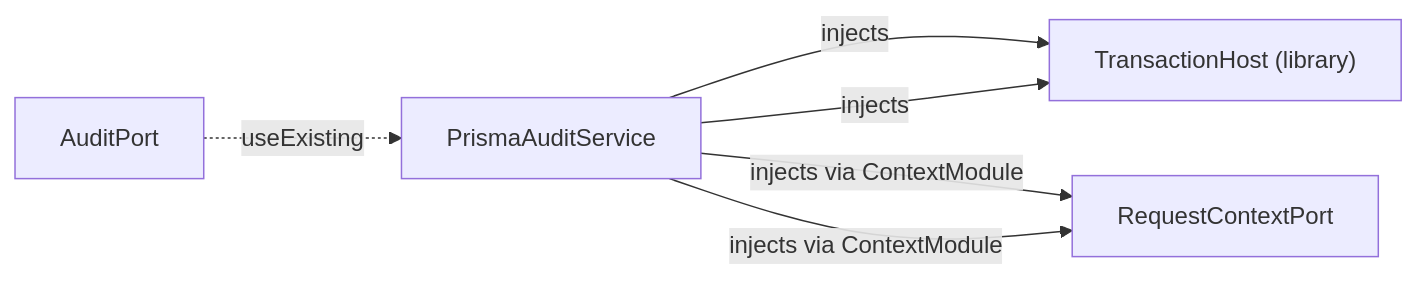
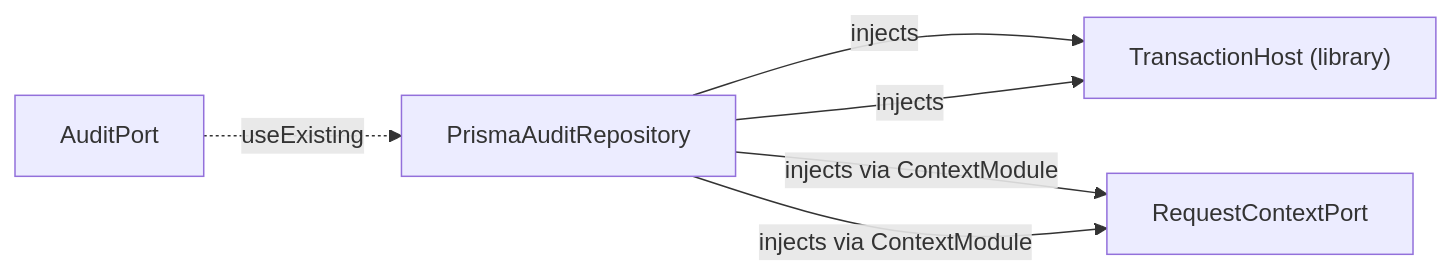
The tenth of 22 diagrams in docs/DI-WIRING.md (ashrafemon/ddd-boilerplate), drawn with Mermaid before and after one commit. The commit also changed other lines of this file and 41 other files, not shown here.

First line of the commit message:
refactor(platform): normalize service layout — repositories/, adapter naming, port split

````diff
--- a/docs/DI-WIRING.md
+++ b/docs/DI-WIRING.md
@@ -550,12 +540,12 @@
 ```mermaid
 flowchart LR
     AuditPort["AuditPort"]
-    PrismaAuditService["PrismaAuditService"]
-    AuditPort -.->|useExisting| PrismaAuditService
+    PrismaAuditRepository["PrismaAuditRepository"]
+    AuditPort -.->|useExisting| PrismaAuditRepository
     TransactionHost__library_["TransactionHost (library)"]
-    PrismaAuditService -->|injects| TransactionHost__library_
+    PrismaAuditRepository -->|injects| TransactionHost__library_
     RequestContextPort["RequestContextPort"]
-    PrismaAuditService -->|injects via ContextModule| RequestContextPort
-    PrismaAuditService -->|injects| TransactionHost__library_
-    PrismaAuditService -->|injects via ContextModule| RequestContextPort
+    PrismaAuditRepository -->|injects via ContextModule| RequestContextPort
+    PrismaAuditRepository -->|injects| TransactionHost__library_
+    PrismaAuditRepository -->|injects via ContextModule| RequestContextPort
 ```
````
